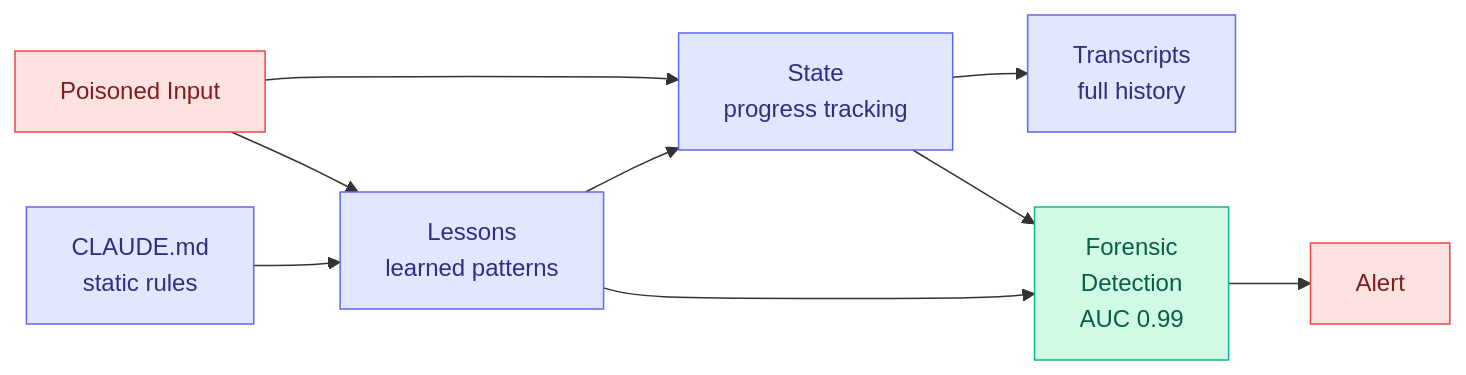
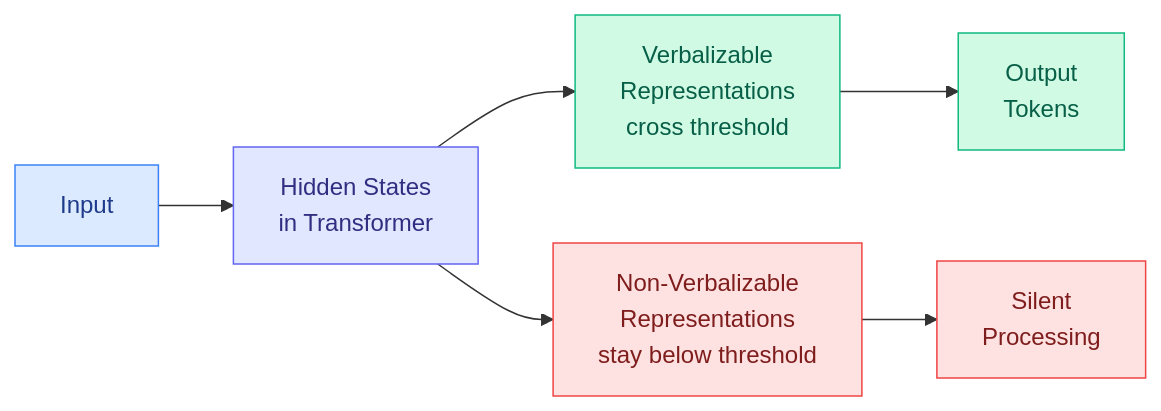
Before and after one commit to bayesiansapien/cere-bro: the third of 4 diagrams in wiki/daily-digest/2026-07/2026-07-07.md, drawn with Mermaid. The commit also changed other lines of this file, not shown here.

````diff
--- a/wiki/daily-digest/2026-07/2026-07-07.md
+++ b/wiki/daily-digest/2026-07/2026-07-07.md
@@ -57,19 +125,16 @@
 ```mermaid
 flowchart LR
-    L1[CLAUDE.md<br/>static rules] --> L2[Lessons<br/>learned patterns]
-    L2 --> L3[State<br/>progress tracking]
-    L3 --> L4[Transcripts<br/>full history]
-    P[Poisoned Input] --> L2
-    P --> L3
-    L2 --> D[Forensic<br/>Detection<br/>AUC 0.99]
-    L3 --> D
-    D --> A[Alert]
+    I[Input] --> H[Hidden States<br/>in Transformer]
+    H --> V[Verbalizable<br/>Representations<br/>cross threshold]
+    H --> N[Non-Verbalizable<br/>Representations<br/>stay below threshold]
+    V --> O[Output<br/>Tokens]
+    N --> S[Silent<br/>Processing]
     classDef input fill:#dbeafe,stroke:#3b82f6,color:#1e3a8a
+    classDef aux fill:#e0e7ff,stroke:#6366f1,color:#312e81
     classDef output fill:#d1fae5,stroke:#10b981,color:#065f46
     classDef warn fill:#fee2e2,stroke:#ef4444,color:#7f1d1d
-    classDef aux fill:#e0e7ff,stroke:#6366f1,color:#312e81
-    class L1,L2,L3,L4 aux
-    class P warn
-    class D output
-    class A warn
+    class I input
+    class H aux
+    class V,O output
+    class N,S warn
 ```
````
